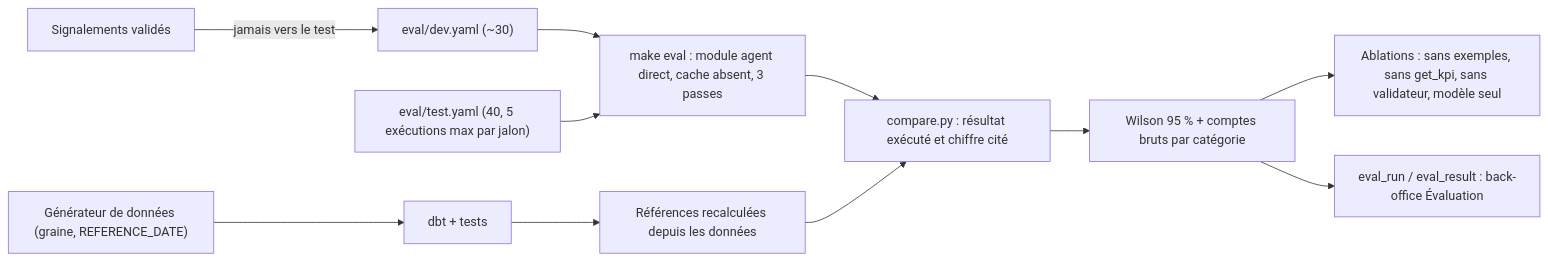
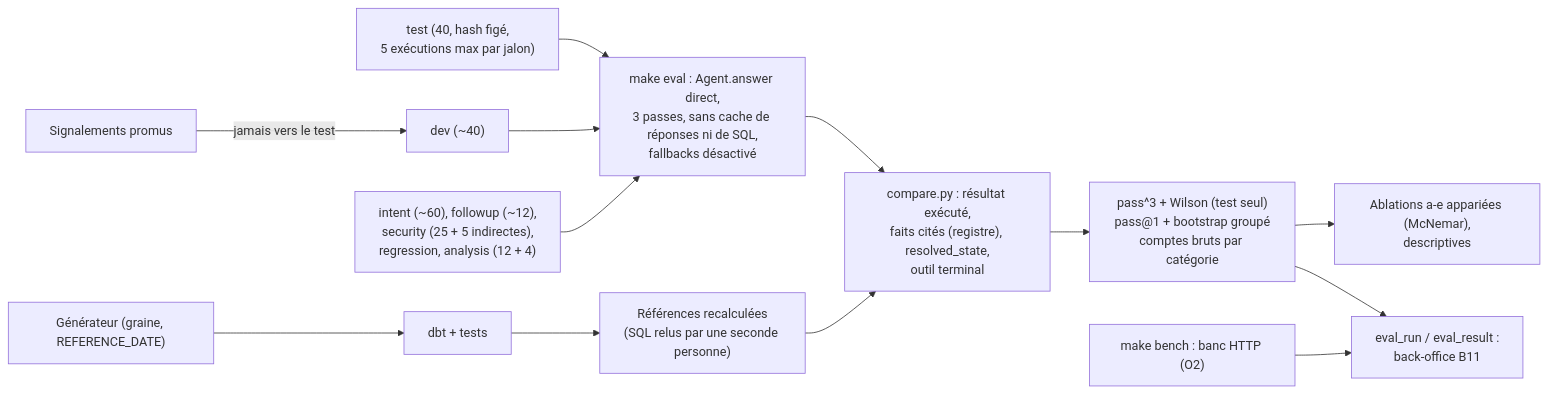
The diagram in docs/diagrams/12-evaluation.mmd (justefrank/decision-agent-IA), drawn with Mermaid before and after one commit. The commit also changed 47 other files, not shown here.

First line of the commit message:
docs: passage en v5 (MVP, query_metric, citation par référence, évaluation sur le test seul, intégration Claude) et diagrammes re-rendus

```diff
--- a/docs/diagrams/12-evaluation.mmd
+++ b/docs/diagrams/12-evaluation.mmd
@@ -1,11 +1,13 @@
 flowchart LR
-  GEN["Générateur de données (graine, REFERENCE_DATE)"] --> DBT["dbt + tests"]
-  DBT --> REF["Références recalculées depuis les données"]
-  DEV["eval/dev.yaml (~30)"] --> RUN
-  TEST["eval/test.yaml (40, 5 exécutions max par jalon)"] --> RUN
-  RUN["make eval : module agent direct, cache absent, 3 passes"] --> CMP["compare.py : résultat exécuté et chiffre cité"]
+  GEN["Générateur (graine, REFERENCE_DATE)"] --> DBT["dbt + tests"]
+  DBT --> REF["Références recalculées<br/>(SQL relus par une seconde personne)"]
+  TEST["test (40, hash figé,<br/>5 exécutions max par jalon)"] --> RUN
+  DEV["dev (~40)"] --> RUN
+  OTH["intent (~60), followup (~12),<br/>security (25 + 5 indirectes),<br/>regression, analysis (12 + 4)"] --> RUN
+  RUN["make eval : Agent.answer direct,<br/>3 passes, sans cache de réponses ni de SQL,<br/>fallbacks désactivé"] --> CMP["compare.py : résultat exécuté,<br/>faits cités (registre), resolved_state,<br/>outil terminal"]
   REF --> CMP
-  CMP --> STAT["Wilson 95 % + comptes bruts par catégorie"]
-  STAT --> ABL["Ablations : sans exemples, sans get_kpi, sans validateur, modèle seul"]
-  STAT --> BO["eval_run / eval_result : back-office Évaluation"]
-  FB["Signalements validés"] -- "jamais vers le test" --> DEV
+  CMP --> STAT["pass^3 + Wilson (test seul)<br/>pass@1 + bootstrap groupé<br/>comptes bruts par catégorie"]
+  STAT --> ABL["Ablations a-e appariées (McNemar),<br/>descriptives"]
+  STAT --> BO["eval_run / eval_result :<br/>back-office B11"]
+  BENCH["make bench : banc HTTP (O2)"] --> BO
+  FB["Signalements promus"] -- "jamais vers le test" --> DEV
```
